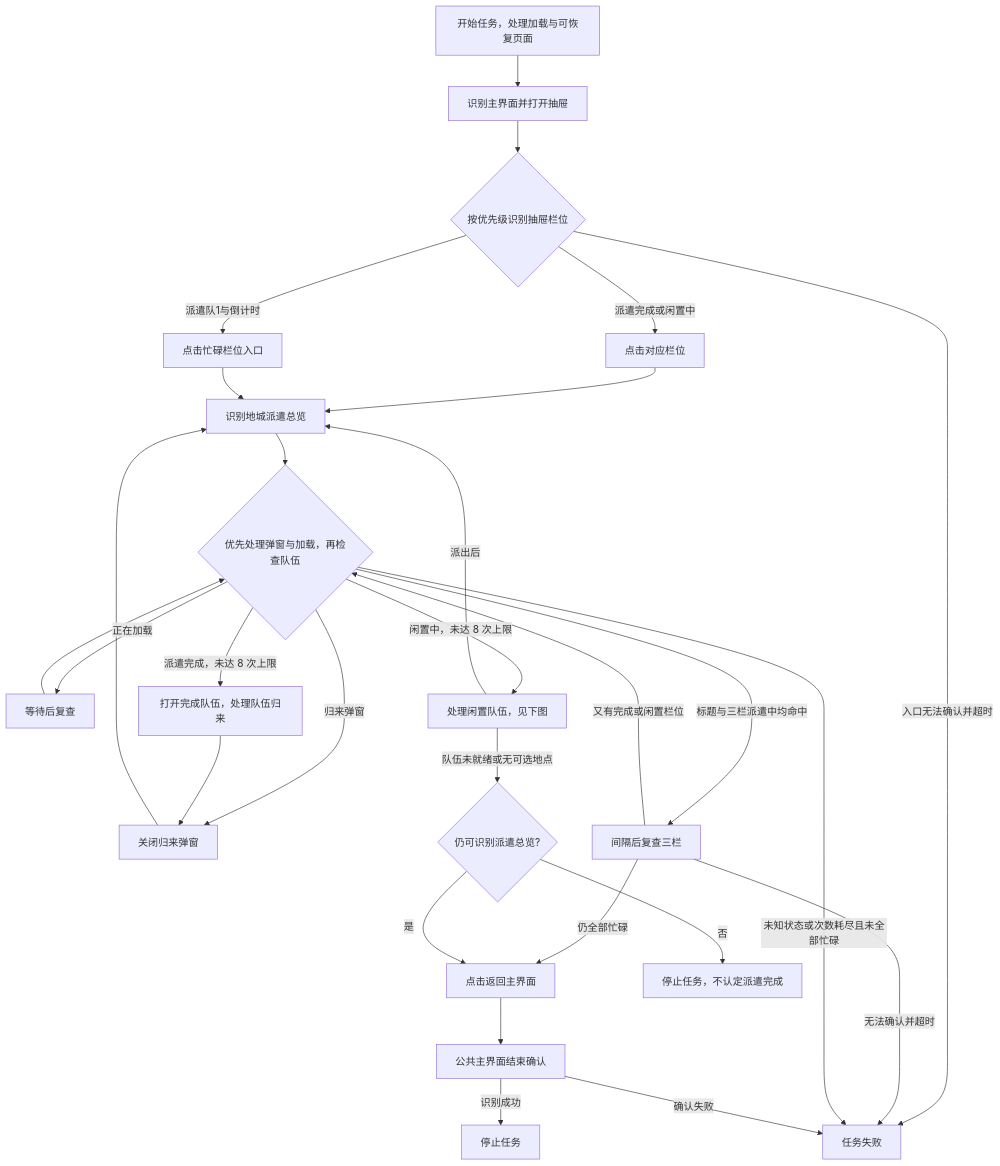
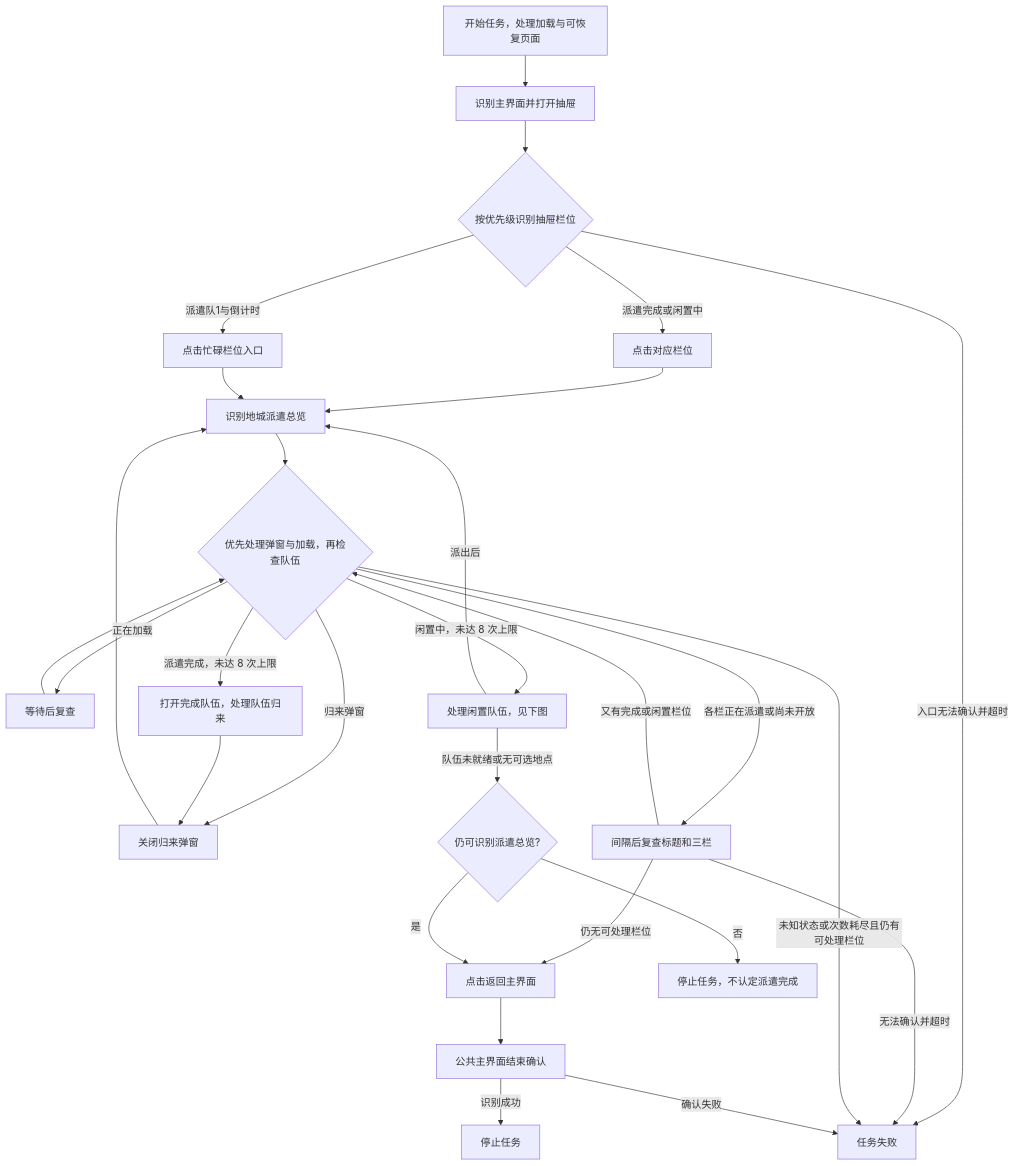
One commit to cccrx1/TKFMaa changed the first of 2 diagrams in docs/zh_cn/tasks/daily_dispatch.md. Above: the diagram before and after it, drawn with Mermaid. The commit also changed other lines of this file and 2 other files, not shown here.

````diff
--- a/docs/zh_cn/tasks/daily_dispatch.md
+++ b/docs/zh_cn/tasks/daily_dispatch.md
@@ -29,30 +29,30 @@
 ```mermaid
 flowchart TD
     Start[开始任务，处理加载与可恢复页面] --> Main[识别主界面并打开抽屉]
     Main --> Drawer{按优先级识别抽屉栏位}
     Drawer -->|派遣完成或闲置中| Actionable[点击对应栏位]
     Drawer -->|派遣队1与倒计时| Busy[点击忙碌栏位入口]
     Drawer -->|入口无法确认并超时| Fail[任务失败，保留页面]
     Actionable --> Overview[识别地城派遣总览]
     Busy --> Overview
     Overview --> Scan{优先处理弹窗与加载，再检查队伍}
     Scan -->|归来弹窗| Popup[关闭归来弹窗]
     Popup --> Overview
     Scan -->|正在加载| Wait[等待后复查]
     Wait --> Scan
     Scan -->|派遣完成，未达 8 次上限| Completed[打开完成队伍，处理队伍归来]
     Completed --> Popup
     Scan -->|闲置中，未达 8 次上限| Idle[处理闲置队伍，见下图]
     Idle -->|派出后| Overview
     Idle -->|队伍未就绪或无可选地点| ExitCheck{仍可识别派遣总览?}
-    Scan -->|标题与三栏派遣中均命中| Verify[间隔后复查三栏]
-    Verify -->|仍全部忙碌| Back[点击返回主界面]
+    Scan -->|各栏正在派遣或尚未开放| Verify[间隔后复查标题和三栏]
+    Verify -->|仍无可处理栏位| Back[点击返回主界面]
     Verify -->|又有完成或闲置栏位| Scan
     Verify -->|无法确认并超时| Fail
-    Scan -->|未知状态或次数耗尽且未全部忙碌| Fail
+    Scan -->|未知状态或次数耗尽且仍有可处理栏位| Fail
     ExitCheck -->|是| Back
     ExitCheck -->|否| Stop[停止任务，不认定派遣完成]
     Back --> Confirm[公共主界面结束确认]
     Confirm -->|识别成功| Done[停止任务]
     Confirm -->|确认失败| Fail[任务失败]
 ```
````
